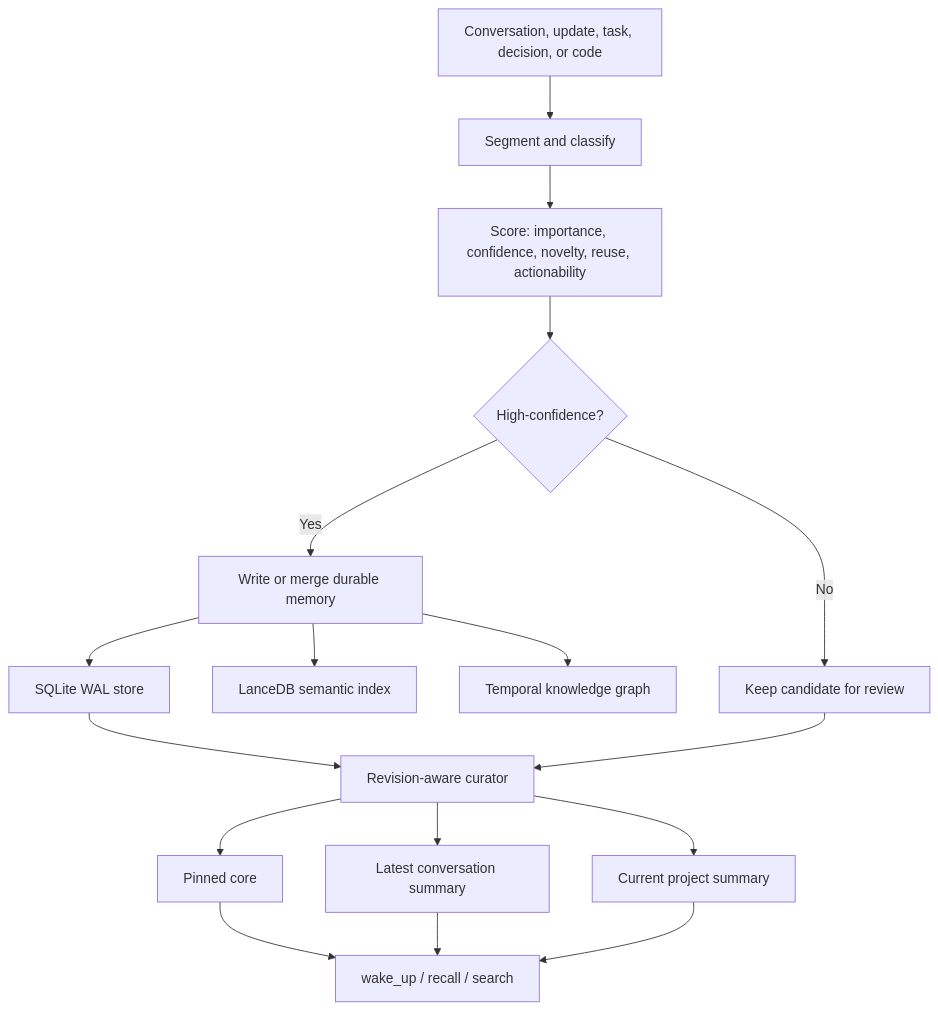
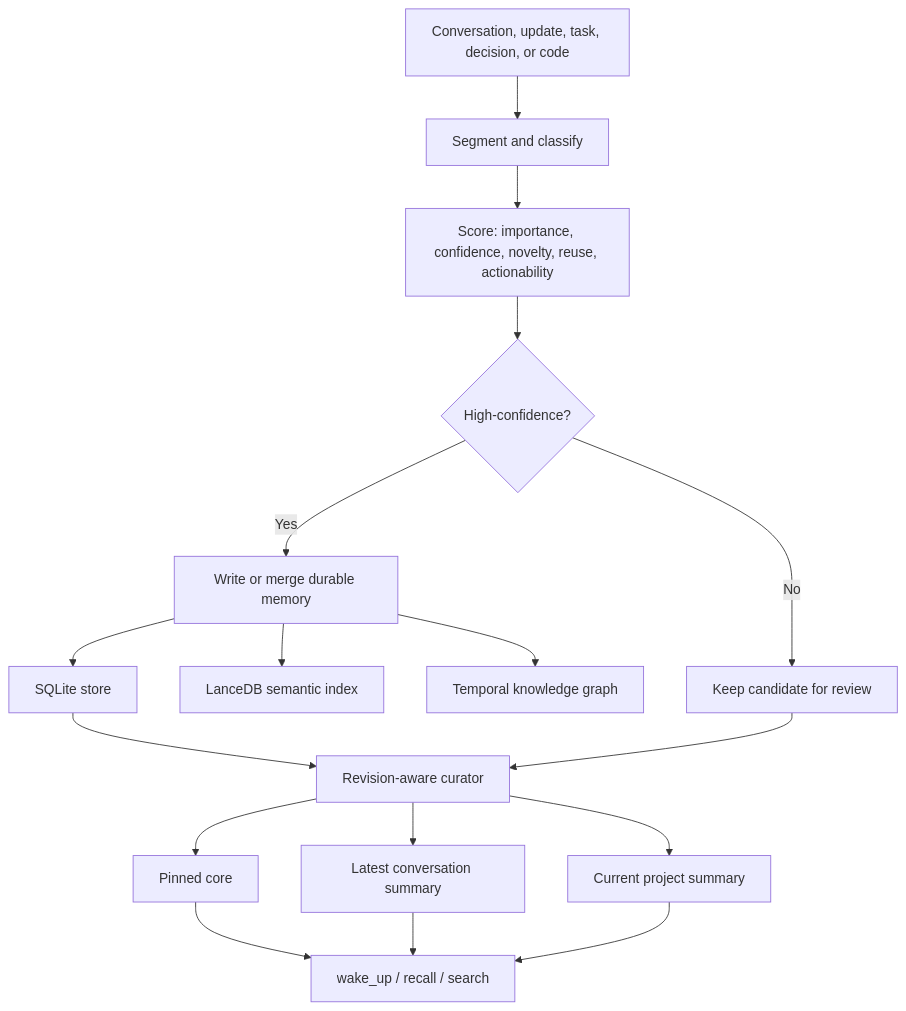
One commit to Fintechain/Cognilattice changed the diagram in README.md. Above: the diagram before and after it, drawn with Mermaid. The commit also changed other lines of this file and 1 other file, not shown here.

````diff
--- a/README.md
+++ b/README.md
@@ -54,19 +54,19 @@
 ```mermaid
 flowchart TD
     A["Conversation, update, task, decision, or code"] --> B["Segment and classify"]
     B --> C["Score: importance, confidence, novelty, reuse, actionability"]
     C --> D{"High-confidence?"}
     D -->|Yes| E["Write or merge durable memory"]
     D -->|No| F["Keep candidate for review"]
-    E --> G["SQLite WAL store"]
+    E --> G["SQLite store"]
     E --> H["LanceDB semantic index"]
     E --> I["Temporal knowledge graph"]
     G --> J["Revision-aware curator"]
     F --> J
     J --> K["Pinned core"]
     J --> L["Latest conversation summary"]
     J --> M["Current project summary"]
     K --> N["wake_up / recall / search"]
     L --> N
     M --> N
 ```
````
